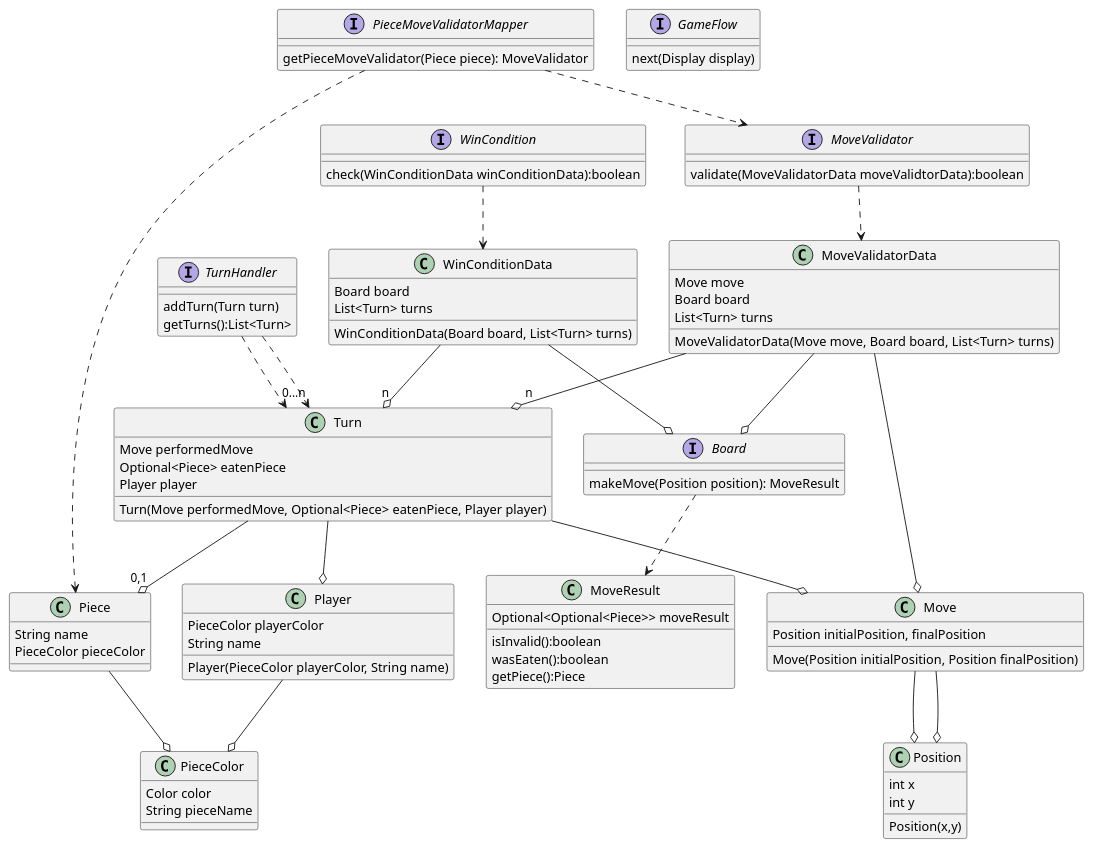
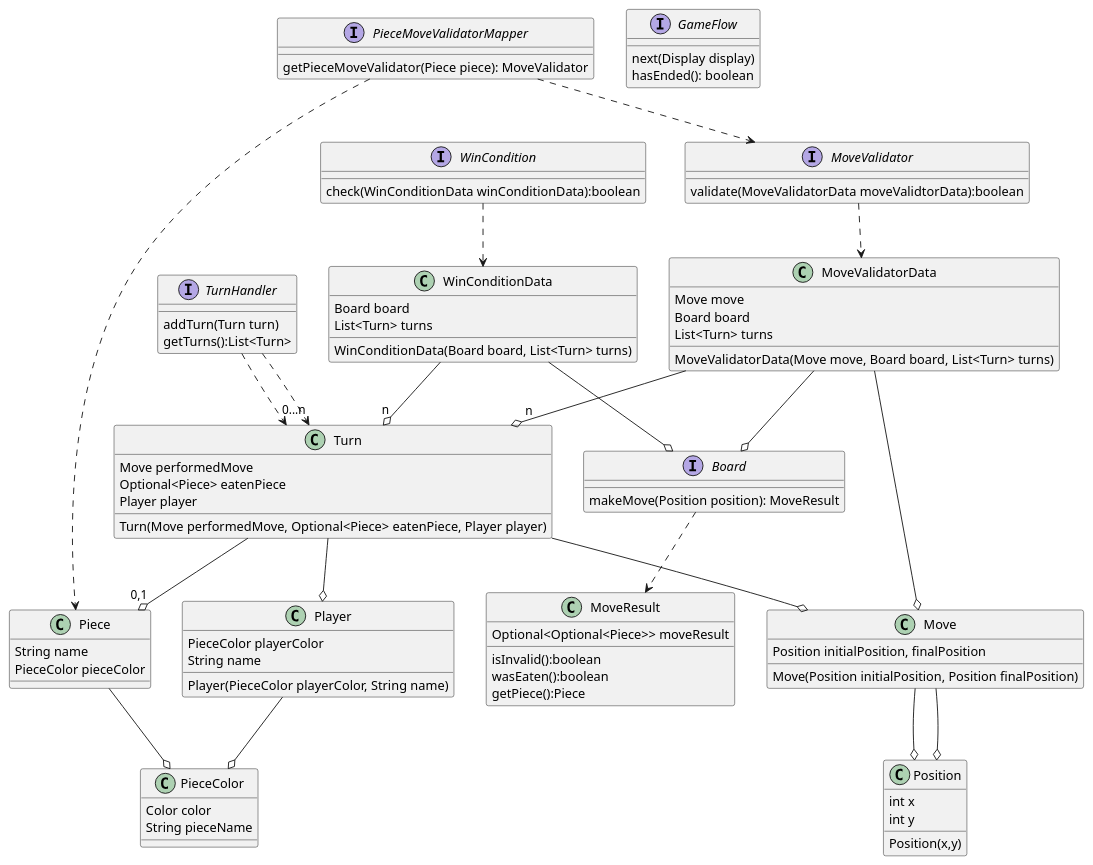
One commit to jalopbauer/chess changed the diagram in chess.puml. Above: the diagram before and after it, drawn with PlantUML. The commit also changed 1 other file, not shown here.

```diff
--- a/chess.puml
+++ b/chess.puml
@@ -1,106 +1,106 @@
 @startuml Chess
 
 class Position
 Position : int x
 Position : int y
 ' Methods
 Position : Position(x,y)
 
 class Move
 Move : Position initialPosition, finalPosition
 ' Methods
 Move : Move(Position initialPosition, Position finalPosition)
 ' Relationships
 Move --o Position
 Move --o Position
 
 class MoveValidatorData
 MoveValidatorData : Move move
 MoveValidatorData : Board board
 MoveValidatorData : List<Turn> turns
 ' Methods
 MoveValidatorData : MoveValidatorData(Move move, Board board, List<Turn> turns)
 ' Relationships
 MoveValidatorData --o Move
 MoveValidatorData --o Board
 MoveValidatorData --o "n" Turn
 
 class WinConditionData
 WinConditionData : Board board
 WinConditionData : List<Turn> turns
 ' Methods
 WinConditionData : WinConditionData(Board board, List<Turn> turns)
 ' Relationships
 WinConditionData --o Board
 WinConditionData --o "n" Turn
 
 class Turn
 Turn : Move performedMove
 Turn : Optional<Piece> eatenPiece
 Turn : Player player
 ' Methods
 Turn : Turn(Move performedMove, Optional<Piece> eatenPiece, Player player)
 ' Relationships
 Turn --o Move
 Turn --o "0,1" Piece
 Turn --o Player
 
 class Player
 Player : PieceColor playerColor
 Player : String name
 ' Methods
 Player : Player(PieceColor playerColor, String name)
 ' Relationships
 Player --o PieceColor
 
 class PieceColor
 PieceColor : Color color
 PieceColor : String pieceName
 
 class Piece
 Piece : String name
 Piece : PieceColor pieceColor
 ' Relationships
 Piece --o PieceColor
 
 ' No me gusta, cambiar
 class MoveResult
 MoveResult : Optional<Optional<Piece>> moveResult
 MoveResult : isInvalid():boolean
 MoveResult : wasEaten():boolean
 MoveResult : getPiece():Piece
 
 interface MoveValidator
 MoveValidator : validate(MoveValidatorData moveValidtorData):boolean
 ' Relationships
 MoveValidator ..> MoveValidatorData
 
-' Piece Handler
 interface Board
 Board : makeMove(Position position): MoveResult
 ' Relationships
 Board ..> MoveResult
 
 interface WinCondition
 WinCondition : check(WinConditionData winConditionData):boolean
 ' Relationships
 WinCondition ..> WinConditionData
 
 interface PieceMoveValidatorMapper
 PieceMoveValidatorMapper : getPieceMoveValidator(Piece piece): MoveValidator
 ' Relationships
 PieceMoveValidatorMapper ..> Piece
 PieceMoveValidatorMapper ..> MoveValidator
 
 interface TurnHandler
 TurnHandler : addTurn(Turn turn)
 TurnHandler : getTurns():List<Turn>
 ' Relationships
 TurnHandler ..> Turn
 TurnHandler ..> "0...n" Turn
 
 interface GameFlow
 GameFlow : next(Display display)
+GameFlow : hasEnded(): boolean
 ' Las win conditions siempre van a usar WinConditionData y nunca va a cambiar. Pasar un puntero pero que no lo pueda editar maybe mejor?
 ' MoveValidatorData los mismo ue arriba peeero el move si cambia entonces eso si pasar por el metodo?
 @enduml
```
